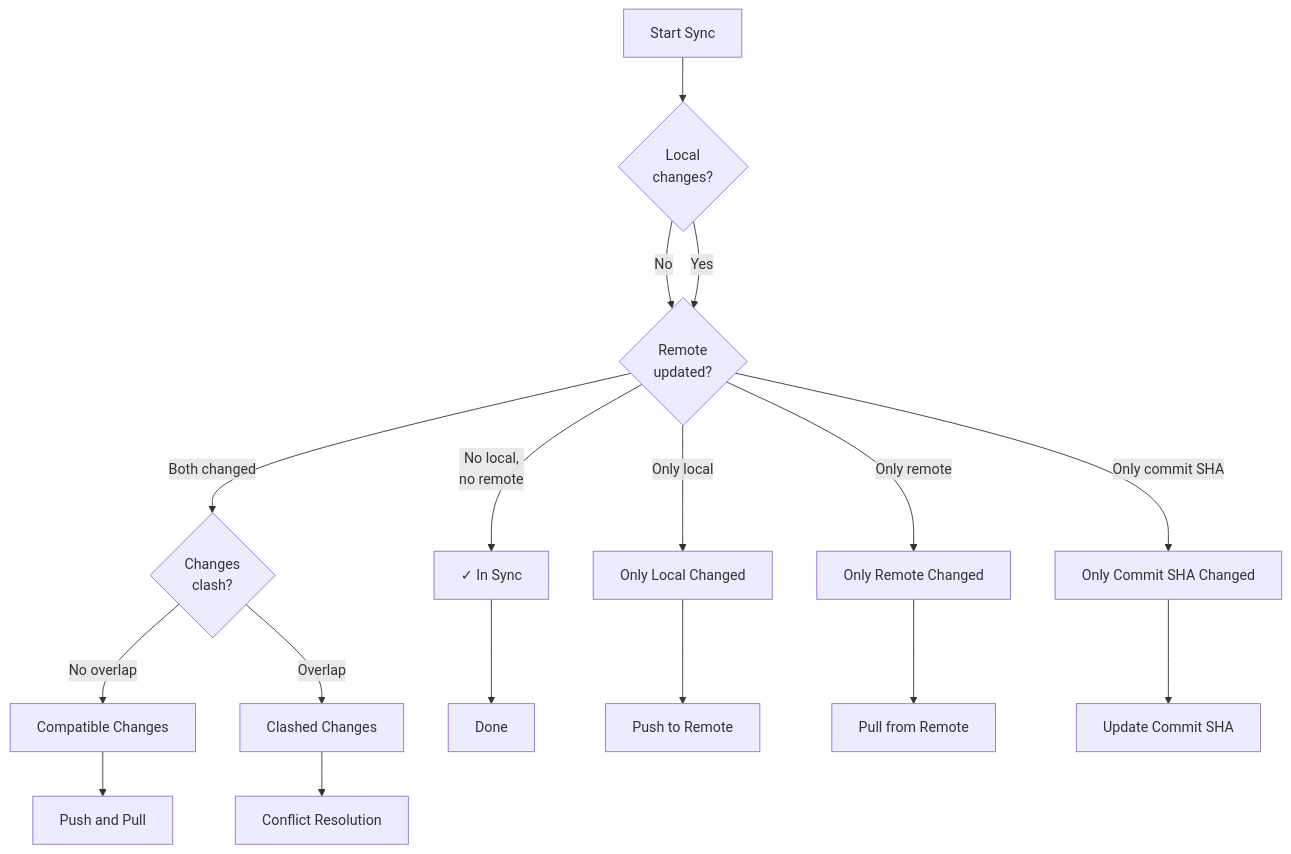
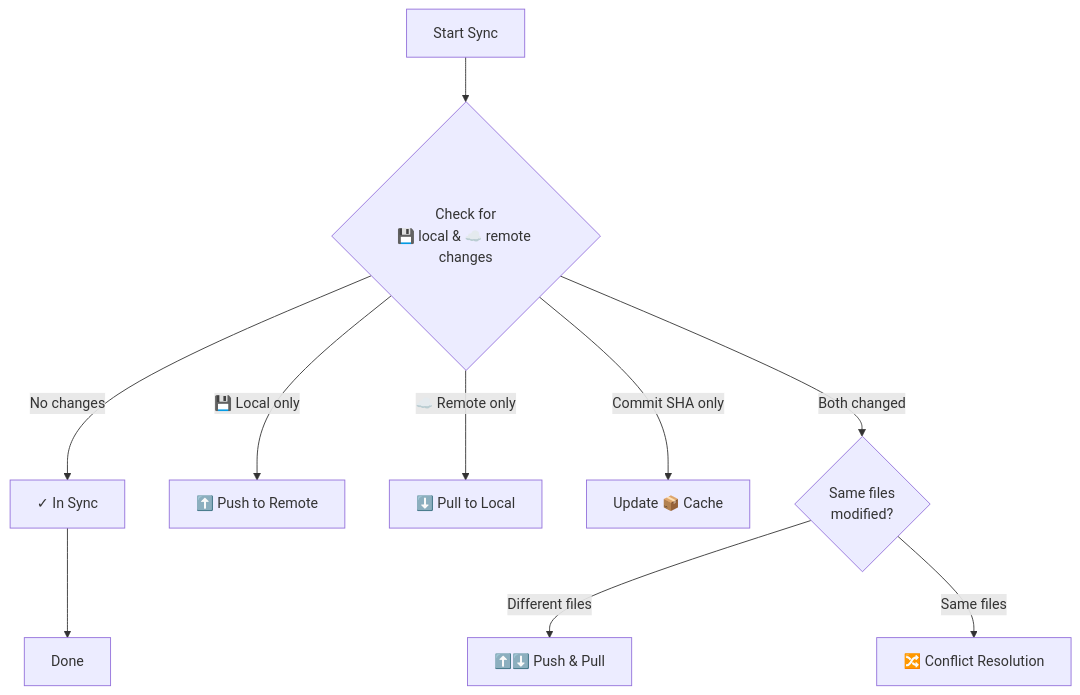
One commit to joshuakto/fit changed the third of 4 diagrams in docs/sync-logic.md. Above: the diagram before and after it, drawn with Mermaid. The commit also changed other lines of this file and 1 other file, not shown here.

Commit message:
docs: Enhance architecture/sync-logic diagrams and visuals (#107)

````diff
--- a/docs/sync-logic.md
+++ b/docs/sync-logic.md
@@ -176,22 +197,15 @@
 ```mermaid
 flowchart TD
-    Start[Start Sync] --> CheckLocal{Local<br/>changes?}
-    CheckLocal -->|No| CheckRemote{Remote<br/>updated?}
-    CheckLocal -->|Yes| CheckRemote
+    Start[Start Sync] --> CheckChanges{Check for<br/>💾 local & ☁️ remote changes}
 
-    CheckRemote -->|No local,<br/>no remote| InSync[✓ In Sync]
-    CheckRemote -->|Only local| LocalOnly[Only Local Changed]
-    CheckRemote -->|Only remote| RemoteOnly[Only Remote Changed]
-    CheckRemote -->|Only commit SHA| CommitOnly[Only Commit SHA Changed]
-    CheckRemote -->|Both changed| CheckClash{Changes<br/>clash?}
+    CheckChanges -->|No changes| InSync[✓ In Sync]
+    CheckChanges -->|💾 Local only| Push[⬆️ Push to Remote]
+    CheckChanges -->|☁️ Remote only| Pull[⬇️ Pull to Local]
+    CheckChanges -->|Commit SHA only| UpdateCache[Update 📦 Cache]
+    CheckChanges -->|Both changed| CheckClash{Same files<br/>modified?}
 
-    CheckClash -->|No overlap| Compatible[Compatible Changes]
-    CheckClash -->|Overlap| Clashed[Clashed Changes]
+    CheckClash -->|Different files| BothSync[⬆️⬇️ Push & Pull]
+    CheckClash -->|Same files| Resolve[🔀 Conflict Resolution]
 
     InSync --> Done[Done]
-    LocalOnly --> Push[Push to Remote]
-    RemoteOnly --> Pull[Pull from Remote]
-    CommitOnly --> UpdateCache[Update Commit SHA]
-    Compatible --> BothSync[Push and Pull]
-    Clashed --> Resolve[Conflict Resolution]
 ```
````
